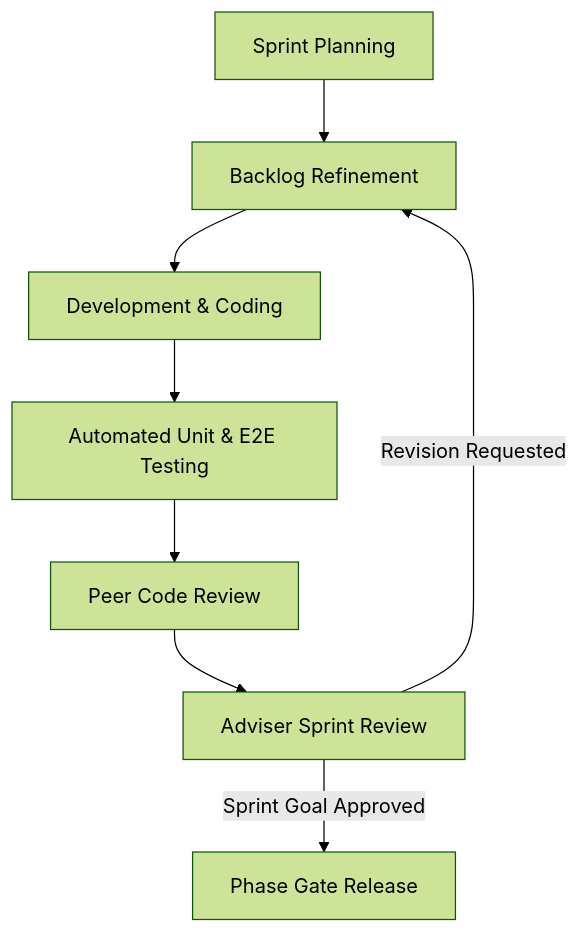
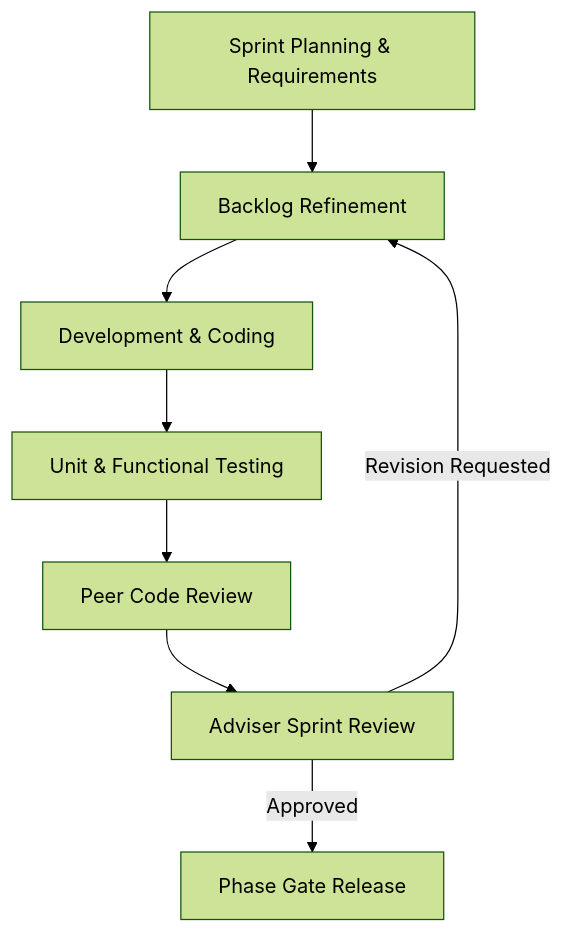
Before and after one commit to Realwaan/Capstone: the diagram in docs/chapters/CHAPTER_3_METHODOLOGY.md, drawn with Mermaid (forest theme). The commit also changed other lines of this file and 9 other files, not shown here.

````diff
--- a/docs/chapters/CHAPTER_3_METHODOLOGY.md
+++ b/docs/chapters/CHAPTER_3_METHODOLOGY.md
@@ -13,10 +8,10 @@
 ```mermaid
 graph TD
-    A[Sprint Planning] --> B[Backlog Refinement]
+    A[Sprint Planning & Requirements] --> B[Backlog Refinement]
     B --> C[Development & Coding]
-    C --> D[Automated Unit & E2E Testing]
+    C --> D[Unit & Functional Testing]
     D --> E[Peer Code Review]
     E --> F[Adviser Sprint Review]
-    F -->|Sprint Goal Approved| G[Phase Gate Release]
+    F -->|Approved| G[Phase Gate Release]
     F -->|Revision Requested| B
 ```
````
